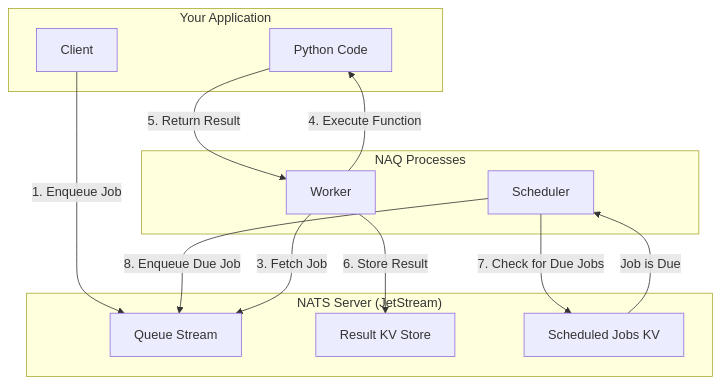
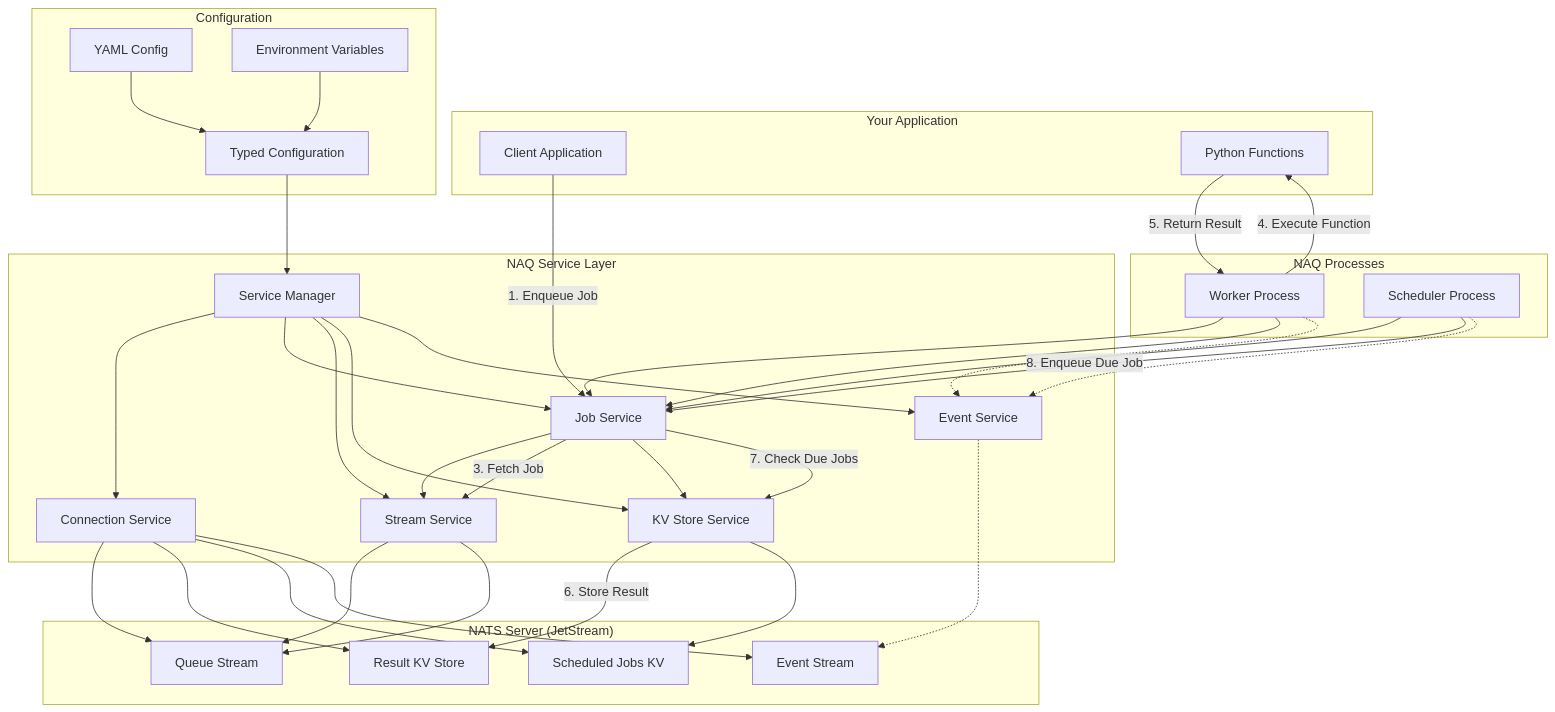
Before and after one commit to legout/naq: the first of 4 diagrams in docs/architecture.qmd, drawn with Mermaid. The commit also changed other lines of this file and 130 other files, not shown here.

````diff
--- a/docs/architecture.qmd
+++ b/docs/architecture.qmd
@@ -21,27 +22,78 @@
 ```{mermaid}
 graph TD
     subgraph "Your Application"
-        Client[Client]
-        PythonCode[Python Code]
+        Client[Client Application]
+        PythonCode[Python Functions]
+    end
+
+    subgraph "NAQ Service Layer"
+        ServiceManager[Service Manager]
+        ConnectionService[Connection Service]
+        JobService[Job Service]
+        StreamService[Stream Service]
+        KVService[KV Store Service]
+        EventService[Event Service]
     end
 
     subgraph "NAQ Processes"
-        Worker[Worker]
-        Scheduler[Scheduler]
+        Worker[Worker Process]
+        Scheduler[Scheduler Process]
     end
 
     subgraph "NATS Server (JetStream)"
         QueueStream[Queue Stream]
         ResultStore[Result KV Store]
         ScheduledJobs[Scheduled Jobs KV]
+        EventStream[Event Stream]
     end
 
-    Client -- "1. Enqueue Job" --> QueueStream
-    Scheduler -- "7. Check for Due Jobs" --> ScheduledJobs
-    ScheduledJobs -- "Job is Due" --> Scheduler
-    Scheduler -- "8. Enqueue Due Job" --> QueueStream
-    Worker -- "3. Fetch Job" --> QueueStream
+    subgraph "Configuration"
+        YAMLConfig[YAML Config]
+        EnvVars[Environment Variables]
+        TypedConfig[Typed Configuration]
+    end
+
+    %% Configuration Flow
+    YAMLConfig --> TypedConfig
+    EnvVars --> TypedConfig
+    TypedConfig --> ServiceManager
+
+    %% Service Layer Flow
+    ServiceManager --> ConnectionService
+    ServiceManager --> JobService
+    ServiceManager --> StreamService
+    ServiceManager --> KVService
+    ServiceManager --> EventService
+
+    %% Client Flow
+    Client -- "1. Enqueue Job" --> JobService
+    JobService --> StreamService
+    StreamService --> QueueStream
+
+    %% Worker Flow
+    Worker --> JobService
+    JobService -- "3. Fetch Job" --> StreamService
+    StreamService --> QueueStream
     Worker -- "4. Execute Function" --> PythonCode
     PythonCode -- "5. Return Result" --> Worker
-    Worker -- "6. Store Result" --> ResultStore
+    Worker --> JobService
+    JobService --> KVService
+    KVService -- "6. Store Result" --> ResultStore
+
+    %% Scheduler Flow
+    Scheduler --> JobService
+    JobService -- "7. Check Due Jobs" --> KVService
+    KVService --> ScheduledJobs
+    Scheduler -- "8. Enqueue Due Job" --> JobService
+
+    %% Event Flow
+    Worker -.-> EventService
+    Scheduler -.-> EventService
+    EventService -.-> EventStream
+
+    %% Service to NATS Connection
+    ConnectionService --> QueueStream
+    ConnectionService --> ResultStore
+    ConnectionService --> ScheduledJobs
+    ConnectionService --> EventStream
 ```
````
